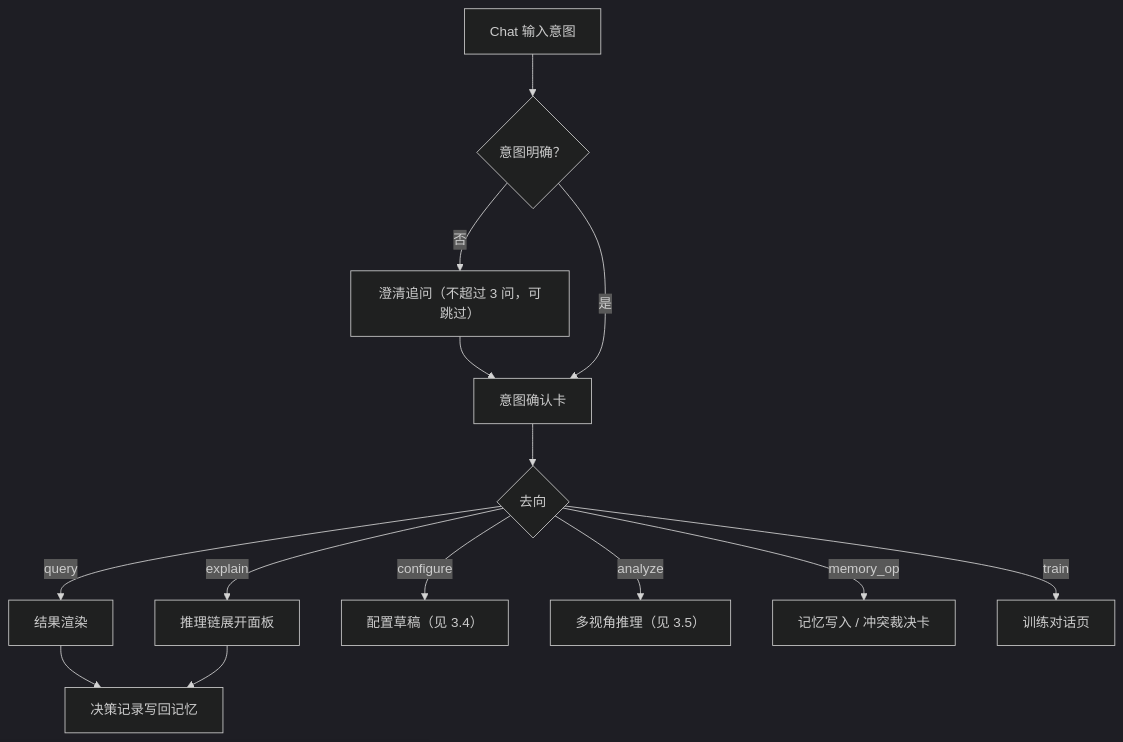
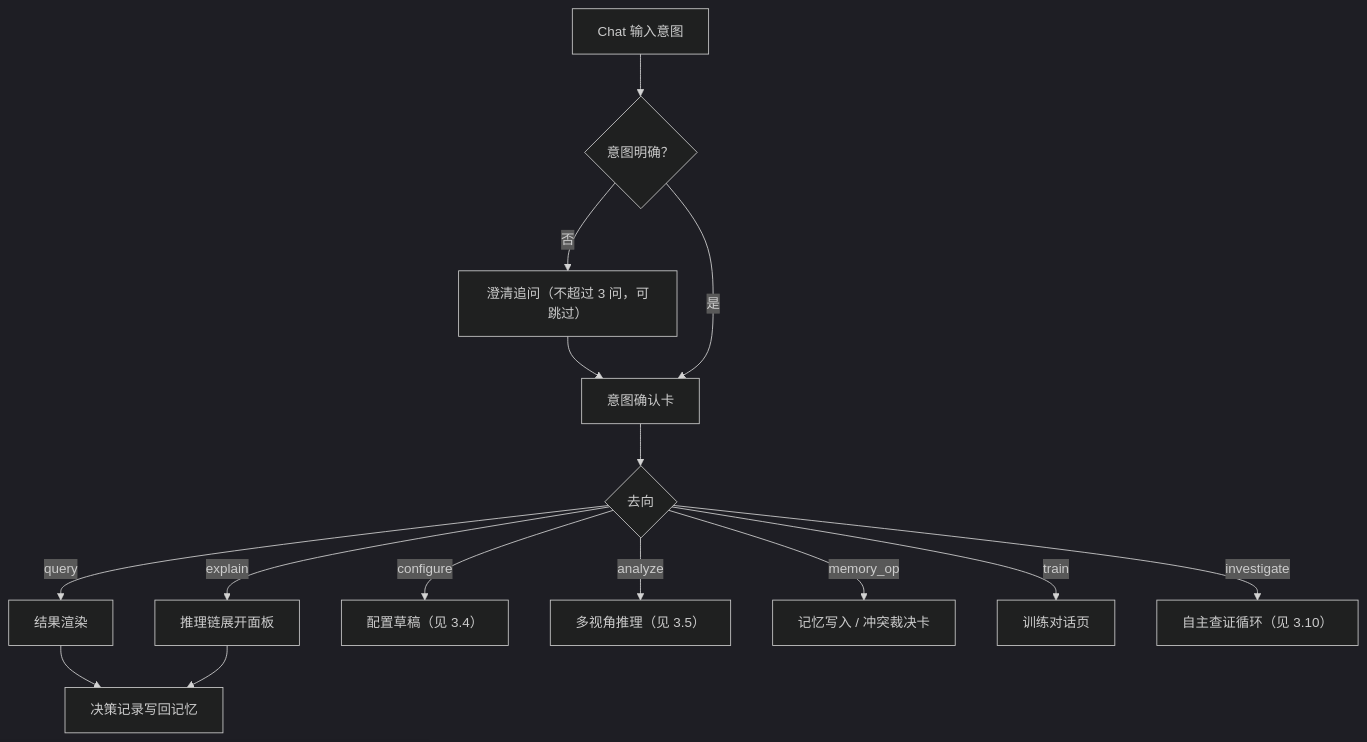
One commit to Dline6/ST-Agent changed the second of 10 diagrams in docs/PRD-v2-Agent/11-sitemap.md. Above: the diagram before and after it, drawn with Mermaid (dark theme). The commit also changed other lines of this file and 5 other files, not shown here.

First line of the commit message:
docs(项目管理): IA 补章：受控自主分区与页面 Flow (#124)

````diff
--- a/docs/PRD-v2-Agent/11-sitemap.md
+++ b/docs/PRD-v2-Agent/11-sitemap.md
@@ -115,16 +126,17 @@
 ```mermaid
 flowchart TD
     A["Chat 输入意图"] --> B{"意图明确？"}
     B -- "否" --> C["澄清追问（不超过 3 问，可跳过）"]
     C --> D["意图确认卡"]
     B -- "是" --> D
     D --> E{"去向"}
     E -- "query" --> F["结果渲染"]
     E -- "explain" --> G["推理链展开面板"]
     E -- "configure" --> H["配置草稿（见 3.4）"]
     E -- "analyze" --> I["多视角推理（见 3.5）"]
     E -- "memory_op" --> J["记忆写入 / 冲突裁决卡"]
     E -- "train" --> K["训练对话页"]
+    E -- "investigate" --> M["自主查证循环（见 3.10）"]
     F --> L["决策记录写回记忆"]
     G --> L
 ```
````
